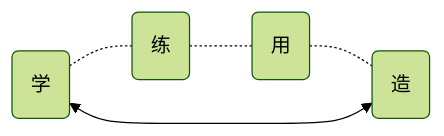
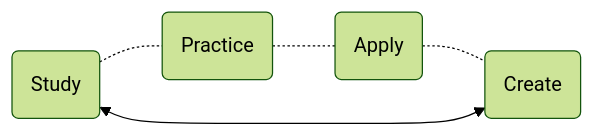
One commit to Dreamwalkor/little-book-of-ai changed the second of 4 diagrams in en/08.md. Above: the diagram before and after it, drawn with Mermaid (forest theme). The commit also changed other lines of this file and 27 other files, not shown here.

````diff
--- a/en/08.md
+++ b/en/08.md
@@ -361,5 +310,5 @@
 ```mermaid
 flowchart LR
-learn(学)-.-practice(练)-.-apply(用)-.-create(造)
+learn(Study)-.-practice(Practice)-.-apply(Apply)-.-create(Create)
 learn<-->create
 ```
````
